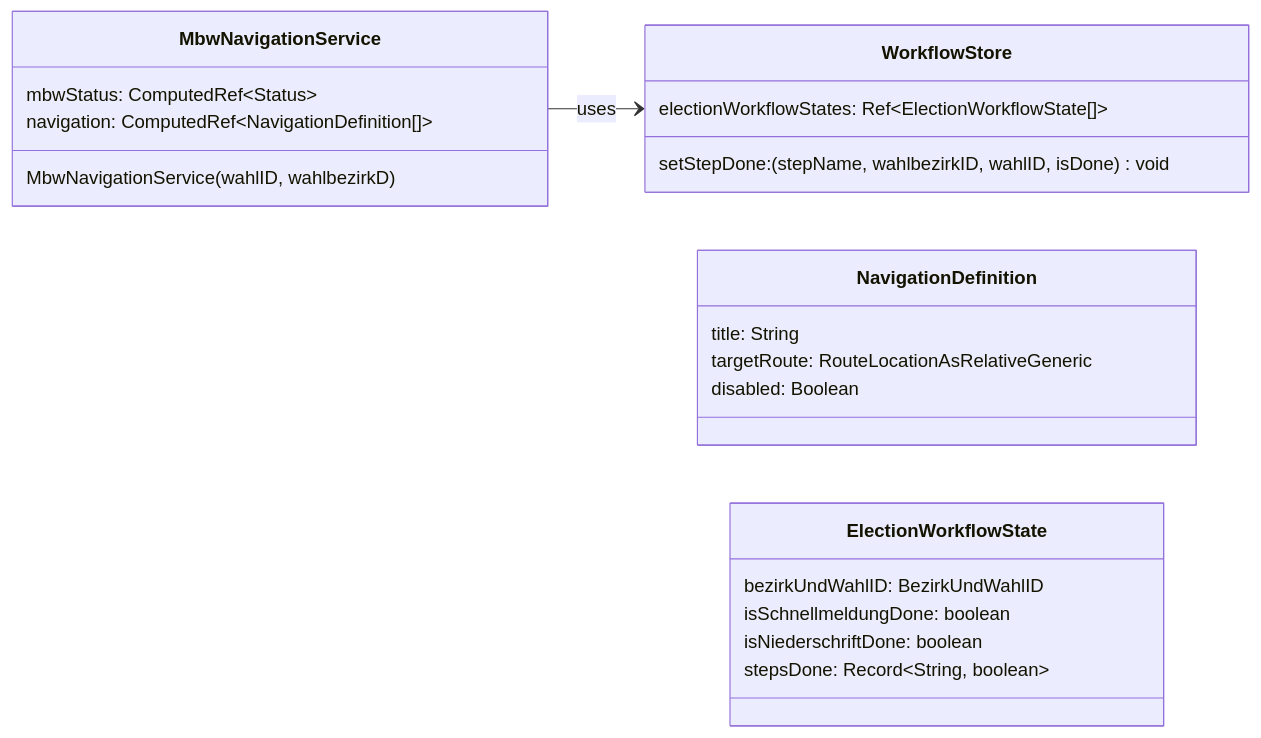
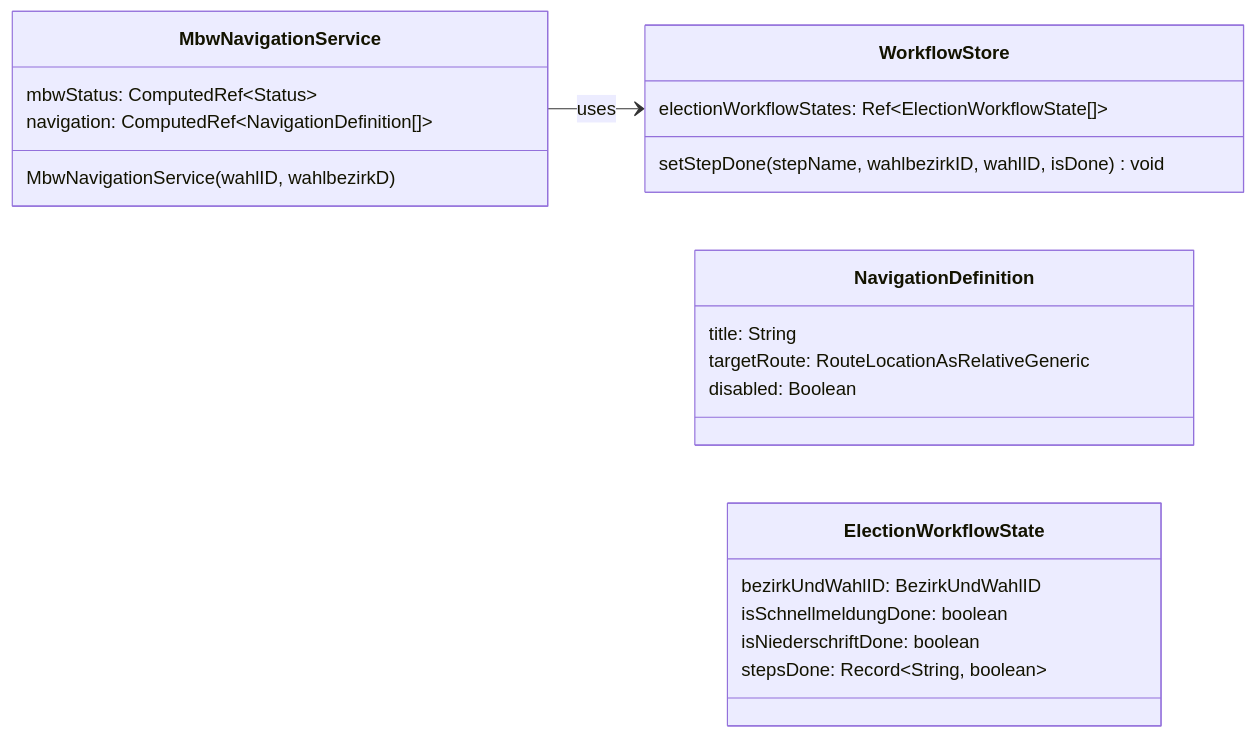
The second of 2 diagrams in docs/src/technik/systemspecification/frontend/navigation-and-workflow.md (it-at-m/Wahllokalsystem), drawn with Mermaid before and after one commit.

Commit message:
remove colon before arguments

````diff
--- a/docs/src/technik/systemspecification/frontend/navigation-and-workflow.md
+++ b/docs/src/technik/systemspecification/frontend/navigation-and-workflow.md
@@ -57,30 +57,30 @@
 ```mermaid
 classDiagram
         direction RL
 
         class WorkflowStore {
             electionWorkflowStates: Ref&lt;ElectionWorkflowState[]&gt;
-            setStepDone: (stepName, wahlbezirkID, wahlID, isDone) void
+            setStepDone(stepName, wahlbezirkID, wahlID, isDone) void
         }
 
         class MbwNavigationService {
             mbwStatus: ComputedRef&lt;Status&gt;
             navigation: ComputedRef&lt;NavigationDefinition[]&gt;
             MbwNavigationService(wahlID, wahlbezirkD)
         }
 
     WorkflowStore <-- MbwNavigationService : uses
 
         class NavigationDefinition {
             title: String
             targetRoute: RouteLocationAsRelativeGeneric
             disabled: Boolean
         }
 
         class ElectionWorkflowState {
             bezirkUndWahlID: BezirkUndWahlID
             isSchnellmeldungDone: boolean
             isNiederschriftDone: boolean
             stepsDone: Record&lt;String, boolean&gt;
         }
 ```
````
